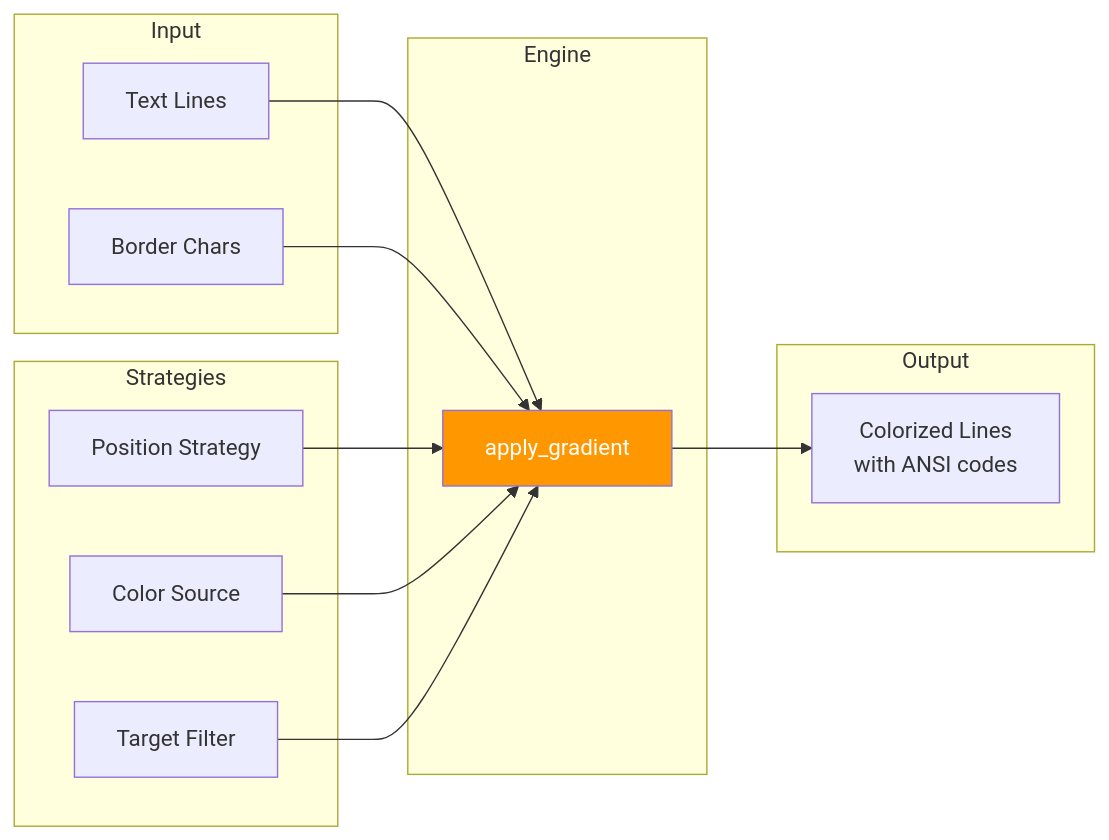
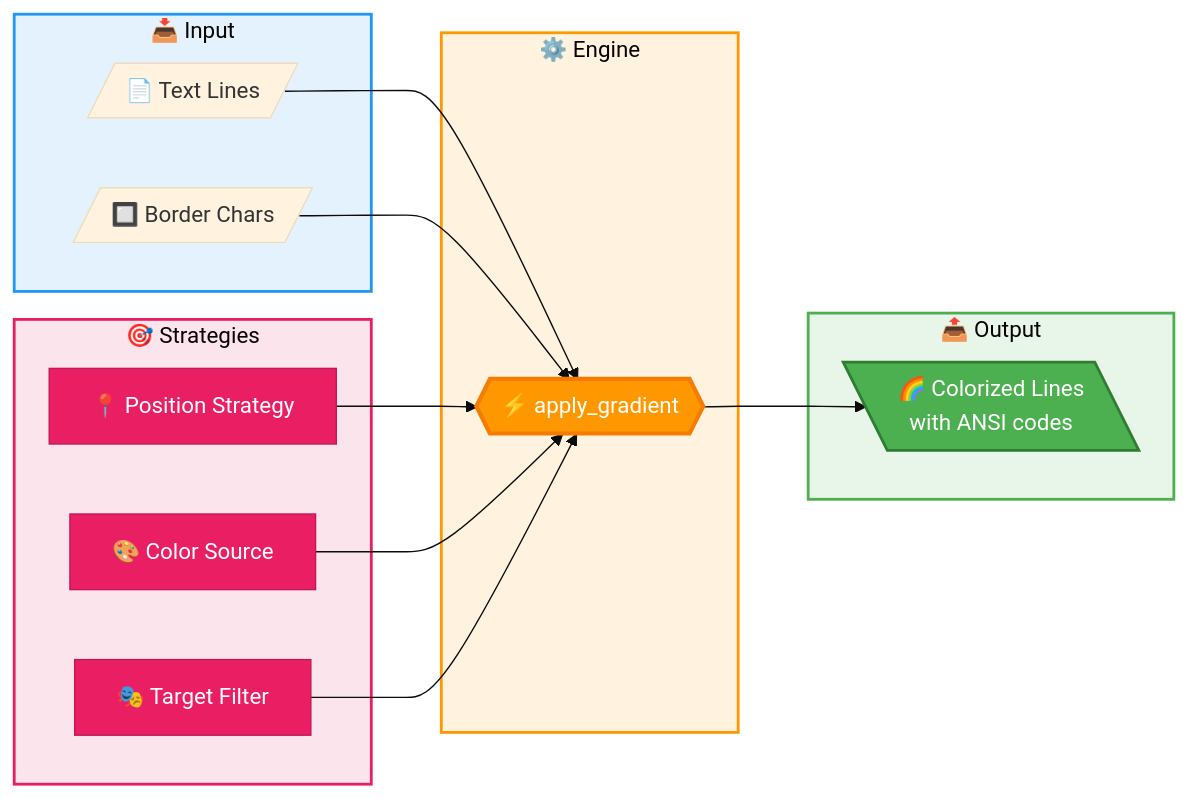
The seventh of 11 diagrams in docs/DEVELOPER_GUIDE.md (ksokolowski/StyledConsole), drawn with Mermaid before and after one commit. The commit also changed other lines of this file, not shown here.

Commit message:
docs: enhance Mermaid diagrams with colors, emojis, and Material Design styling

````diff
--- a/docs/DEVELOPER_GUIDE.md
+++ b/docs/DEVELOPER_GUIDE.md
@@ -376,30 +448,40 @@
 ```mermaid
+%%{init: {'theme': 'base', 'themeVariables': { 'primaryColor': '#FFF3E0'}}}%%
 flowchart LR
-    subgraph Input
-        LINES[Text Lines]
-        BORDER[Border Chars]
+    subgraph Input["📥 Input"]
+        LINES[/"📄 Text Lines"/]
+        BORDER[/"🔲 Border Chars"/]
     end
 
-    subgraph Strategies
-        PS[Position Strategy]
-        CS[Color Source]
-        TF[Target Filter]
+    subgraph Strategies["🎯 Strategies"]
+        PS[📍 Position Strategy]
+        CS[🎨 Color Source]
+        TF[🎭 Target Filter]
     end
 
-    subgraph Engine
-        AG[apply_gradient]
+    subgraph Engine["⚙️ Engine"]
+        AG{{"⚡ apply_gradient"}}
     end
 
-    subgraph Output
-        COLORED[Colorized Lines<br/>with ANSI codes]
+    subgraph Output["📤 Output"]
+        COLORED[\"🌈 Colorized Lines<br/>with ANSI codes"\]
     end
 
     LINES --> AG
     BORDER --> AG
     PS --> AG
     CS --> AG
     TF --> AG
     AG --> COLORED
 
-    style AG fill:#FF9800,color:#fff
+    style Input fill:#E3F2FD,stroke:#2196F3,stroke-width:2px
+    style Strategies fill:#FCE4EC,stroke:#E91E63,stroke-width:2px
+    style Engine fill:#FFF3E0,stroke:#FF9800,stroke-width:2px
+    style Output fill:#E8F5E9,stroke:#4CAF50,stroke-width:2px
+
+    style AG fill:#FF9800,color:#fff,stroke:#F57C00,stroke-width:3px
+    style COLORED fill:#4CAF50,color:#fff,stroke:#2E7D32,stroke-width:2px
+    style PS fill:#E91E63,color:#fff,stroke:#C2185B
+    style CS fill:#E91E63,color:#fff,stroke:#C2185B
+    style TF fill:#E91E63,color:#fff,stroke:#C2185B
 ```
````
